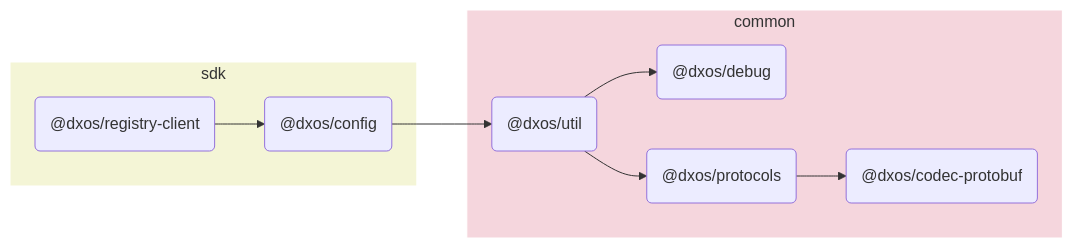
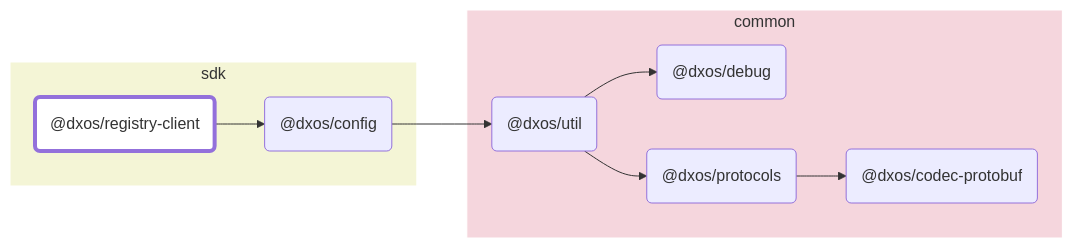
Before and after one commit to dxos/dxos: the diagram in packages/sdk/registry-client/docs/README.md, drawn with Mermaid. The commit also changed other lines of this file and 88 other files, not shown here.

````diff
--- a/packages/sdk/registry-client/docs/README.md
+++ b/packages/sdk/registry-client/docs/README.md
@@ -5,23 +7,31 @@
 ```mermaid
 flowchart LR;
+
+style dxos/registry-client fill:#fff,stroke-width:4px;
+
+click dxos/codec-protobuf "https:/github.com/dxos/dxos/tree/main/packages/common/codec-protobuf/docs";
+click dxos/config "https:/github.com/dxos/dxos/tree/main/packages/sdk/config/docs";
+click dxos/debug "https:/github.com/dxos/dxos/tree/main/packages/common/debug/docs";
+click dxos/protocols "https:/github.com/dxos/dxos/tree/main/packages/common/protocols/docs";
+click dxos/util "https:/github.com/dxos/dxos/tree/main/packages/common/util/docs";
 
 subgraph sdk
   style sdk fill:#f4f5d6,stroke:#fff;
   dxos/registry-client("@dxos/registry-client");
   dxos/config("@dxos/config");
 end
 
 subgraph common
   style common fill:#f5d6dd,stroke:#fff;
   dxos/codec-protobuf("@dxos/codec-protobuf");
   dxos/debug("@dxos/debug");
   dxos/protocols("@dxos/protocols");
   dxos/util("@dxos/util");
 end
 
 dxos/registry-client --> dxos/config;
 dxos/protocols --> dxos/codec-protobuf;
 dxos/config --> dxos/util;
 dxos/util --> dxos/debug;
 dxos/util --> dxos/protocols;
 ```
````
